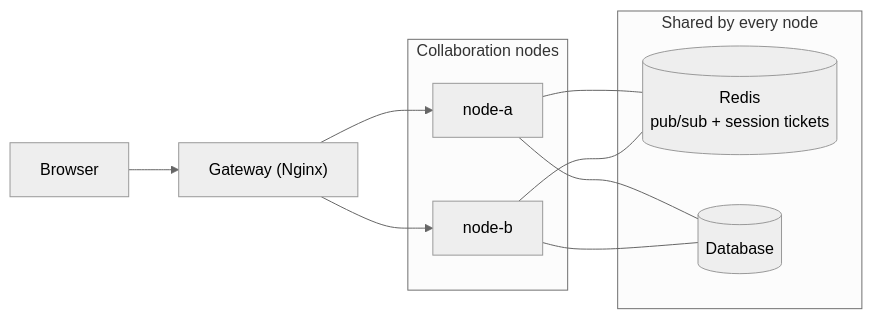
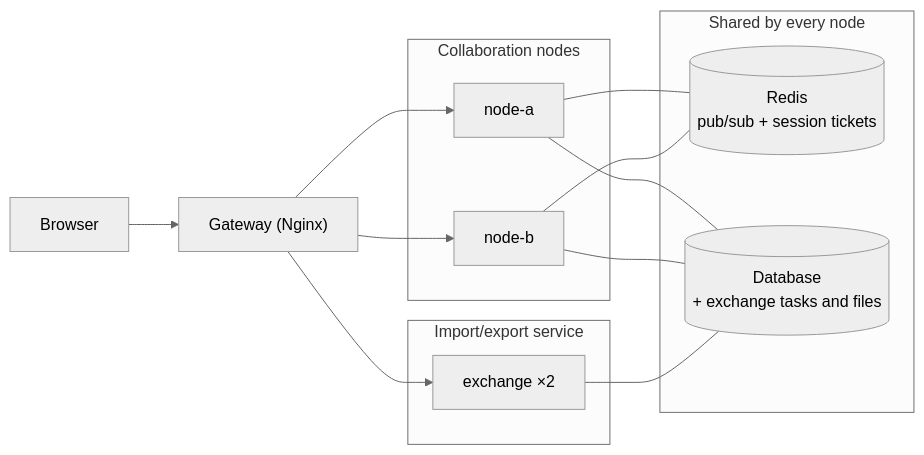
Before and after one commit to dream-num/univer-collaboration-examples: the diagram in examples/multi-node/README.md, drawn with Mermaid (neutral theme). The commit also changed other lines of this file and 17 other files, not shown here.

First line of the commit message:
feat(multi-node): add a separately deployed, replicated import/export service

````diff
--- a/examples/multi-node/README.md
+++ b/examples/multi-node/README.md
@@ -11,18 +11,23 @@
 ```mermaid
 flowchart LR
     Browser --> Gateway["Gateway (Nginx)"]
     subgraph nodes["Collaboration nodes"]
         A["node-a"]
         B["node-b"]
     end
     Gateway --> A
     Gateway --> B
+    subgraph exchange["Import/export service"]
+        X1["exchange ×2"]
+    end
+    Gateway --> X1
     subgraph shared["Shared by every node"]
         Redis[("Redis<br/>pub/sub + session tickets")]
-        DB[("Database")]
+        DB[("Database<br/>+ exchange tasks and files")]
     end
     A --- Redis
     B --- Redis
     A --- DB
     B --- DB
+    X1 --- DB
 ```
````
